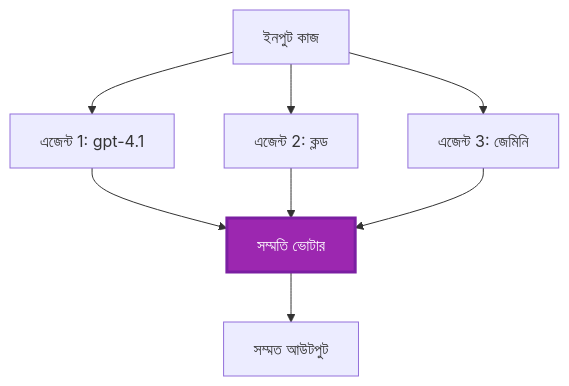
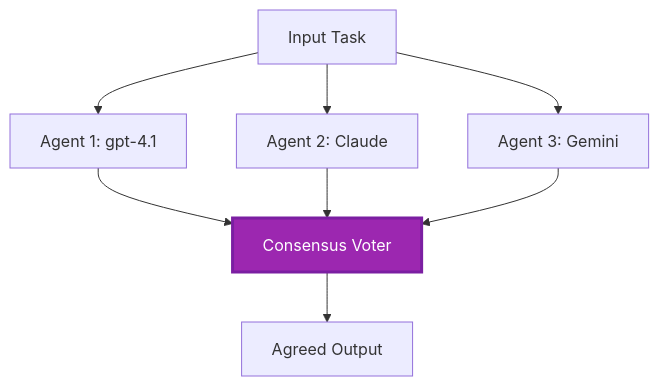
Before and after one commit to microsoft/AZD-for-beginners: the sixth of 7 diagrams in translations/bn/docs/chapter-06-pre-deployment/coordination-patterns.md, drawn with Mermaid. The commit also changed other lines of this file and 9 other files, not shown here.

````diff
--- a/translations/bn/docs/chapter-06-pre-deployment/coordination-patterns.md
+++ b/translations/bn/docs/chapter-06-pre-deployment/coordination-patterns.md
@@ -225,19 +230,19 @@
 ```mermaid
 graph TB
-    Input[ইনপুট কাজ]
-    Agent1[এজেন্ট 1: gpt-4.1]
-    Agent2[এজেন্ট 2: ক্লড]
-    Agent3[এজেন্ট 3: জেমিনি]
-    Voter[সম্মতি ভোটার]
-    Output[সম্মত আউটপুট]
+    Input[Input Task]
+    Agent1[Agent 1: gpt-4.1]
+    Agent2[Agent 2: Claude]
+    Agent3[Agent 3: Gemini]
+    Voter[Consensus Voter]
+    Output[Agreed Output]
     
     Input --> Agent1
     Input --> Agent2
     Input --> Agent3
     Agent1 --> Voter
     Agent2 --> Voter
     Agent3 --> Voter
     Voter --> Output
     
     style Voter fill:#9C27B0,stroke:#7B1FA2,stroke-width:3px,color:#fff
 ```
````
